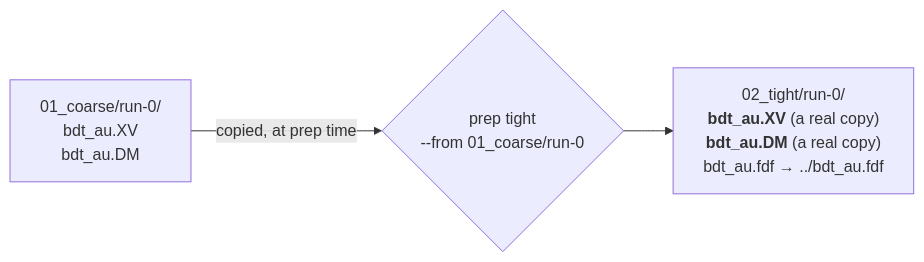
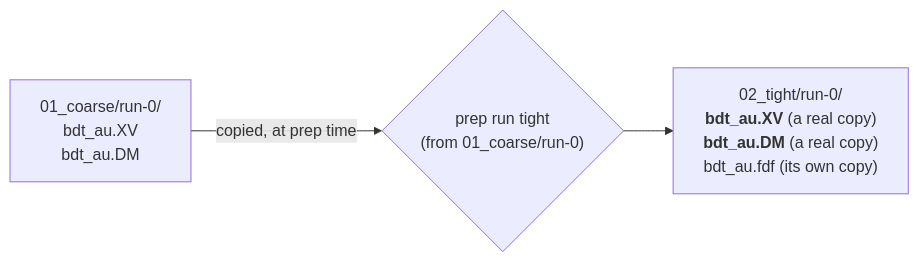
The eighth of 10 diagrams in docs/execution/project-layout.md (Qing-LAB/molbuilder), drawn with Mermaid before and after one commit. The commit also changed other lines of this file and 21 other files, not shown here.

````diff
--- a/docs/execution/project-layout.md
+++ b/docs/execution/project-layout.md
@@ -1576,7 +1580,7 @@
 ```mermaid
 flowchart LR
     A["01_coarse/run-0/<br/>bdt_au.XV<br/>bdt_au.DM"]
-    P{"prep tight<br/>--from 01_coarse/run-0"}
-    B["02_tight/run-0/<br/><b>bdt_au.XV</b> (a real copy)<br/><b>bdt_au.DM</b> (a real copy)<br/>bdt_au.fdf → ../bdt_au.fdf"]
+    P{"prep run tight<br/>(from 01_coarse/run-0)"}
+    B["02_tight/run-0/<br/><b>bdt_au.XV</b> (a real copy)<br/><b>bdt_au.DM</b> (a real copy)<br/>bdt_au.fdf (its own copy)"]
     A -->|"copied, at prep time"| P --> B
 ```
````
